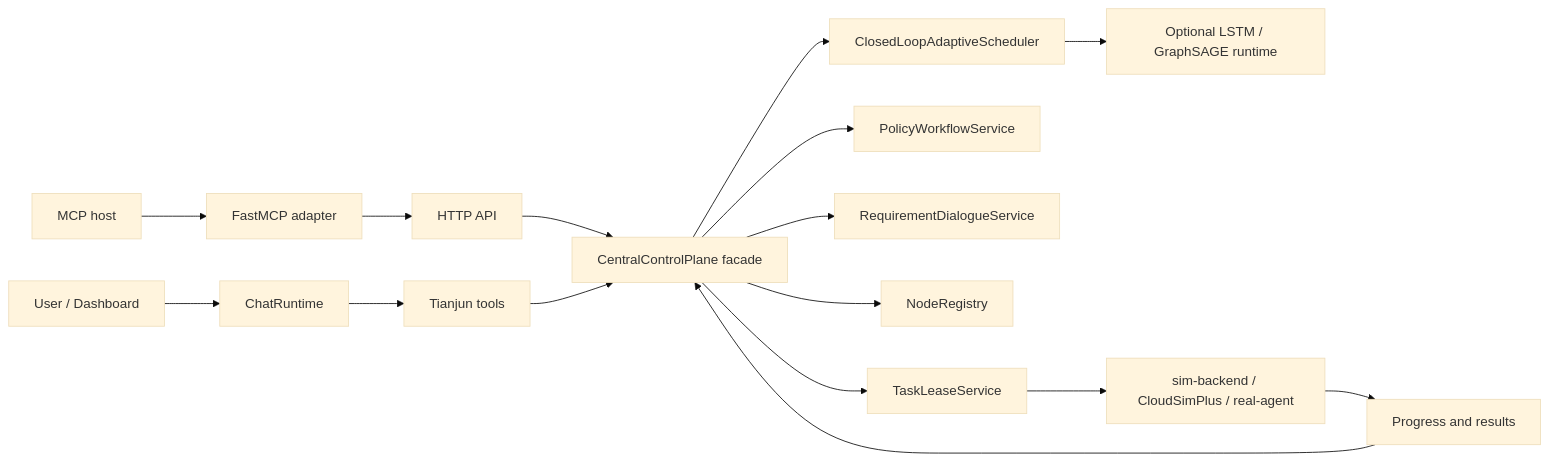
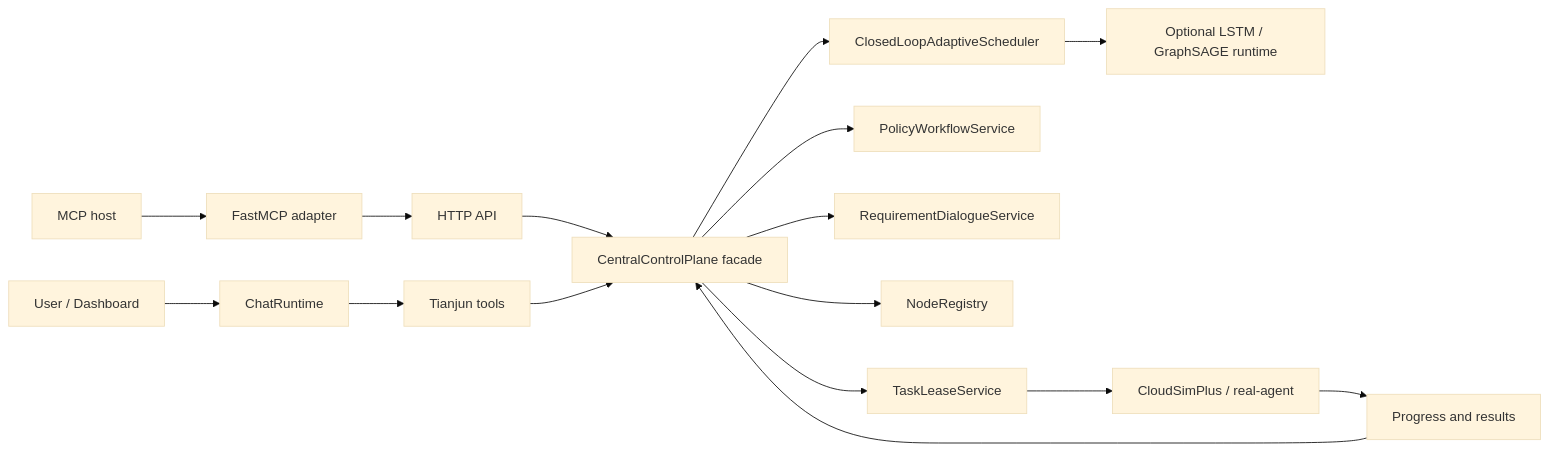
One commit to diputs18/Tianjun-Engine changed the diagram in README.md. Above: the diagram before and after it, drawn with Mermaid (base theme). The commit also changed other lines of this file and 20 other files, not shown here.

````diff
--- a/README.md
+++ b/README.md
@@ -153,18 +132,18 @@
 ```mermaid
 flowchart LR
     User["User / Dashboard"] --> Chat["ChatRuntime"]
     MCP["MCP host"] --> MCPServer["FastMCP adapter"]
     Chat --> Tools["Tianjun tools"]
     MCPServer --> HTTP["HTTP API"]
     HTTP --> CP["CentralControlPlane facade"]
     Tools --> CP
     CP --> Scheduler["ClosedLoopAdaptiveScheduler"]
     CP --> Policy["PolicyWorkflowService"]
     CP --> Requirements["RequirementDialogueService"]
     CP --> Nodes["NodeRegistry"]
     CP --> Leases["TaskLeaseService"]
     Scheduler --> ML["Optional LSTM / GraphSAGE runtime"]
-    Leases --> Agents["sim-backend / CloudSimPlus / real-agent"]
+    Leases --> Agents["CloudSimPlus / real-agent"]
     Agents --> Results["Progress and results"]
     Results --> CP
 ```
````
